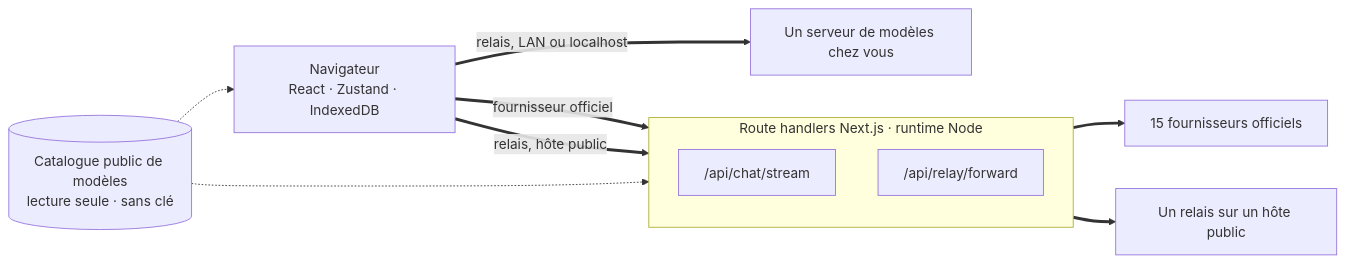
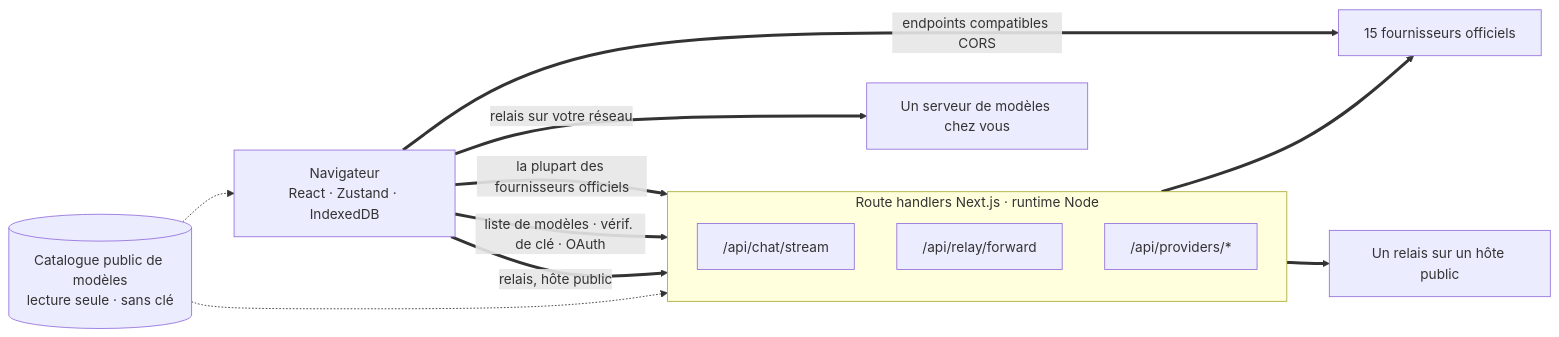
The first of 2 diagrams in readme_i18n/fr/web.md (oriveo/oriveo), drawn with Mermaid before and after one commit. The commit also changed other lines of this file and 19 other files, not shown here.

````diff
--- a/readme_i18n/fr/web.md
+++ b/readme_i18n/fr/web.md
@@ -63,21 +63,24 @@
 ```mermaid
 flowchart LR
     browser["Navigateur<br/>React · Zustand · IndexedDB"]
 
     subgraph server ["Route handlers Next.js · runtime Node"]
         direction TB
         chat["/api/chat/stream"]
         fwd["/api/relay/forward"]
+        prov["/api/providers/*"]
     end
 
     official["15 fournisseurs officiels"]
     pubrelay["Un relais sur un hôte public"]
     lan["Un serveur de modèles chez vous"]
     catalog[("Catalogue public de modèles<br/>lecture seule · sans clé")]
 
-    browser ==>|"fournisseur officiel"| chat ==> official
+    browser ==>|"la plupart des fournisseurs officiels"| chat ==> official
+    browser ==>|"liste de modèles · vérif. de clé · OAuth"| prov
     browser ==>|"relais, hôte public"| fwd ==> pubrelay
-    browser ==>|"relais, LAN ou localhost"| lan
+    browser ==>|"relais sur votre réseau"| lan
+    browser ==>|"endpoints compatibles CORS"| official
     catalog -.-> browser
     catalog -.-> chat
 ```
````
